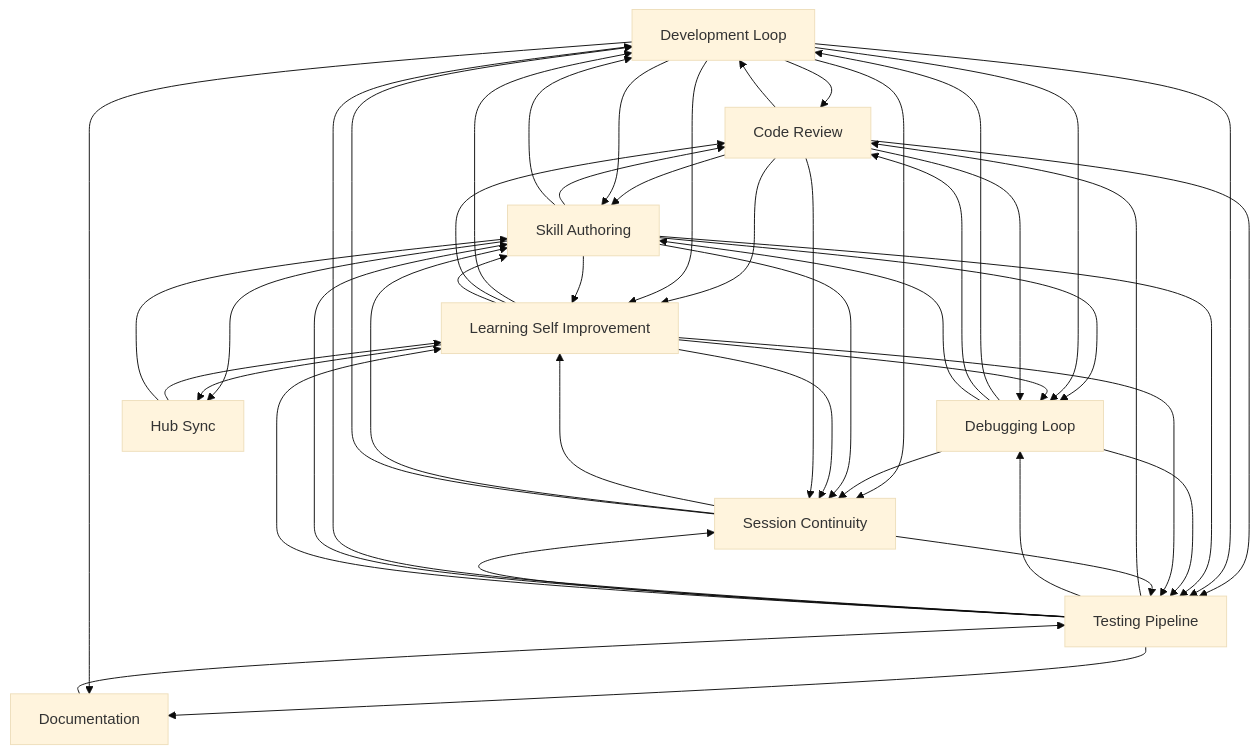
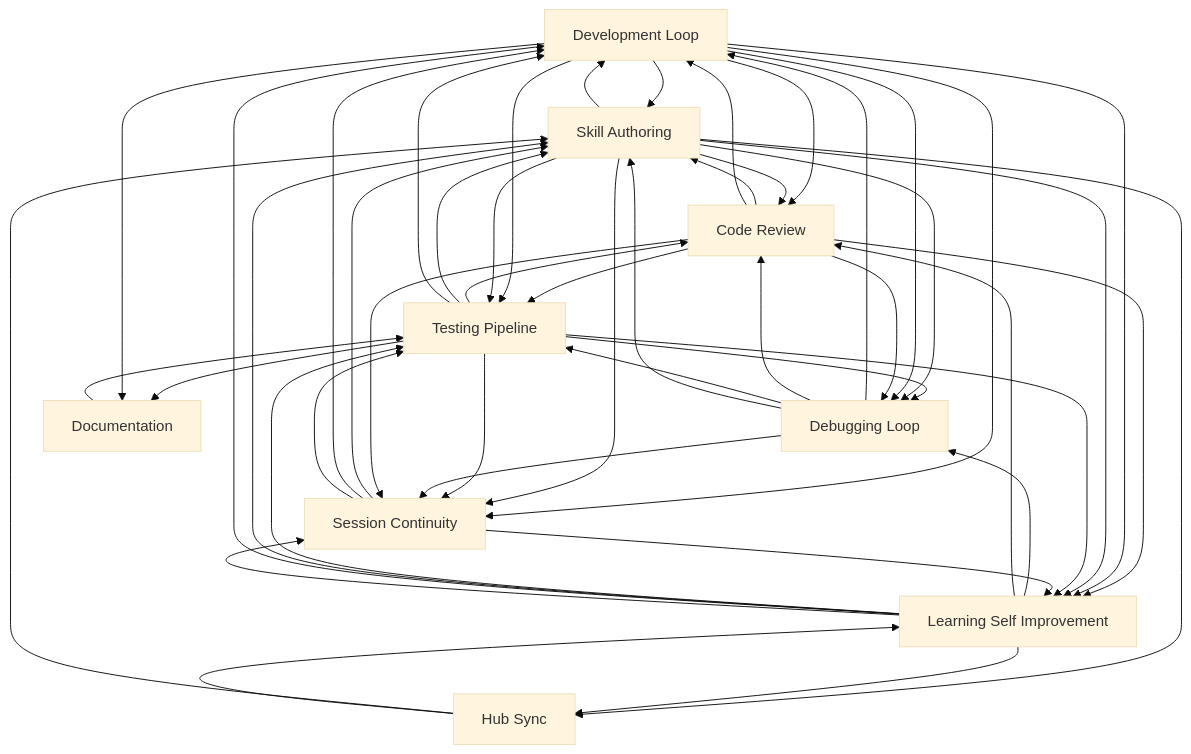
The diagram in docs/workflows/INDEX.md (abhayla/claude-best-practices), drawn with Mermaid (base theme) before and after one commit. The commit also changed other lines of this file and 12 other files, not shown here.

````diff
--- a/docs/workflows/INDEX.md
+++ b/docs/workflows/INDEX.md
@@ -21,58 +21,58 @@
 ```mermaid
 graph TD
     development_loop[Development Loop]
     testing_pipeline[Testing Pipeline]
     debugging_loop[Debugging Loop]
     learning_self_improvement[Learning Self Improvement]
     session_continuity[Session Continuity]
     skill_authoring[Skill Authoring]
     code_review[Code Review]
     documentation[Documentation]
     hub_sync[Hub Sync]
     documentation --> testing_pipeline
     code_review --> skill_authoring
     code_review --> development_loop
+    development_loop --> skill_authoring
     development_loop --> code_review
-    development_loop --> skill_authoring
+    code_review --> testing_pipeline
     code_review --> learning_self_improvement
-    code_review --> testing_pipeline
+    development_loop --> testing_pipeline
     development_loop --> learning_self_improvement
-    development_loop --> testing_pipeline
     testing_pipeline --> code_review
     testing_pipeline --> debugging_loop
+    testing_pipeline --> skill_authoring
     testing_pipeline --> development_loop
-    testing_pipeline --> skill_authoring
     skill_authoring --> code_review
     skill_authoring --> development_loop
+    skill_authoring --> testing_pipeline
     skill_authoring --> learning_self_improvement
-    skill_authoring --> testing_pipeline
     development_loop --> session_continuity
+    skill_authoring --> session_continuity
+    testing_pipeline --> session_continuity
     debugging_loop --> session_continuity
     debugging_loop --> development_loop
-    skill_authoring --> session_continuity
-    testing_pipeline --> session_continuity
-    debugging_loop --> code_review
-    debugging_loop --> skill_authoring
-    debugging_loop --> testing_pipeline
     skill_authoring --> debugging_loop
     development_loop --> debugging_loop
+    debugging_loop --> code_review
+    debugging_loop --> testing_pipeline
+    debugging_loop --> skill_authoring
     learning_self_improvement --> debugging_loop
+    learning_self_improvement --> code_review
+    learning_self_improvement --> testing_pipeline
+    learning_self_improvement --> skill_authoring
     learning_self_improvement --> development_loop
-    learning_self_improvement --> code_review
-    learning_self_improvement --> skill_authoring
-    learning_self_improvement --> testing_pipeline
     code_review --> debugging_loop
-    learning_self_improvement --> session_continuity
     code_review --> session_continuity
     testing_pipeline --> learning_self_improvement
+    learning_self_improvement --> session_continuity
+    session_continuity --> skill_authoring
     session_continuity --> learning_self_improvement
-    session_continuity --> skill_authoring
     testing_pipeline --> documentation
     development_loop --> documentation
     session_continuity --> development_loop
     session_continuity --> testing_pipeline
     skill_authoring --> hub_sync
     learning_self_improvement --> hub_sync
+    hub_sync --> skill_authoring
     hub_sync --> learning_self_improvement
-    hub_sync --> skill_authoring
 ```
````
